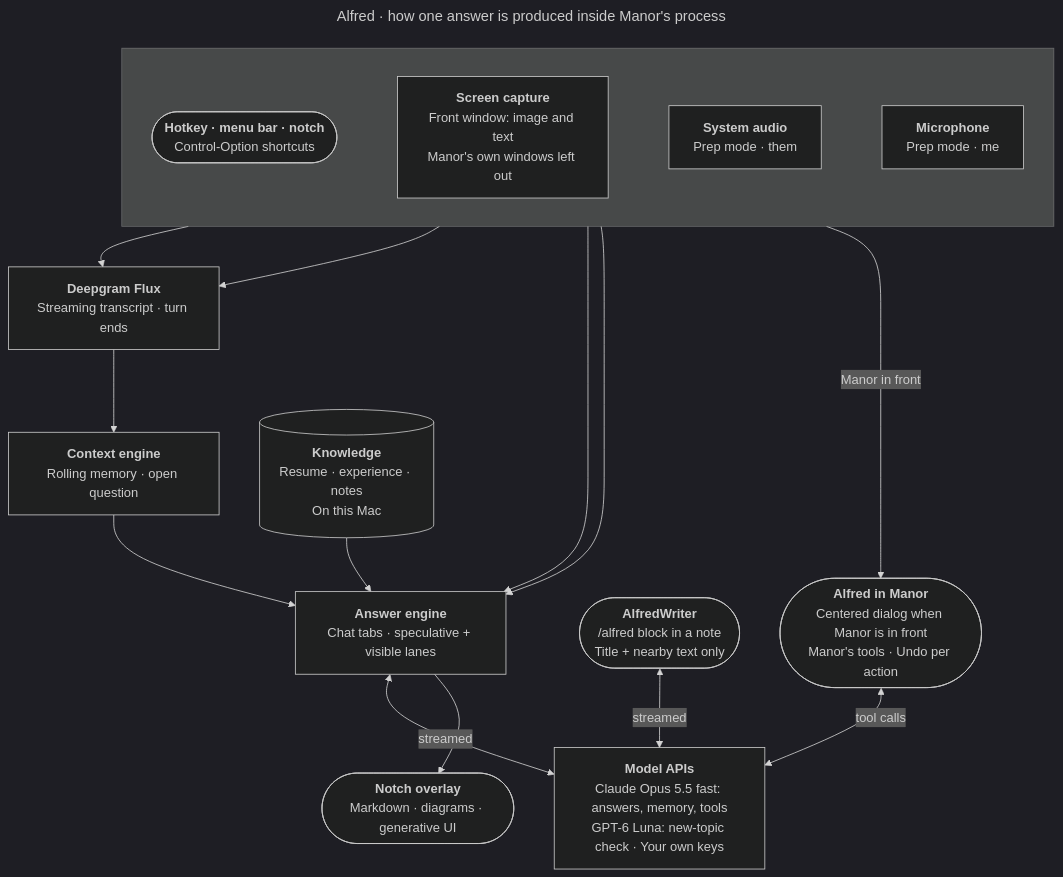
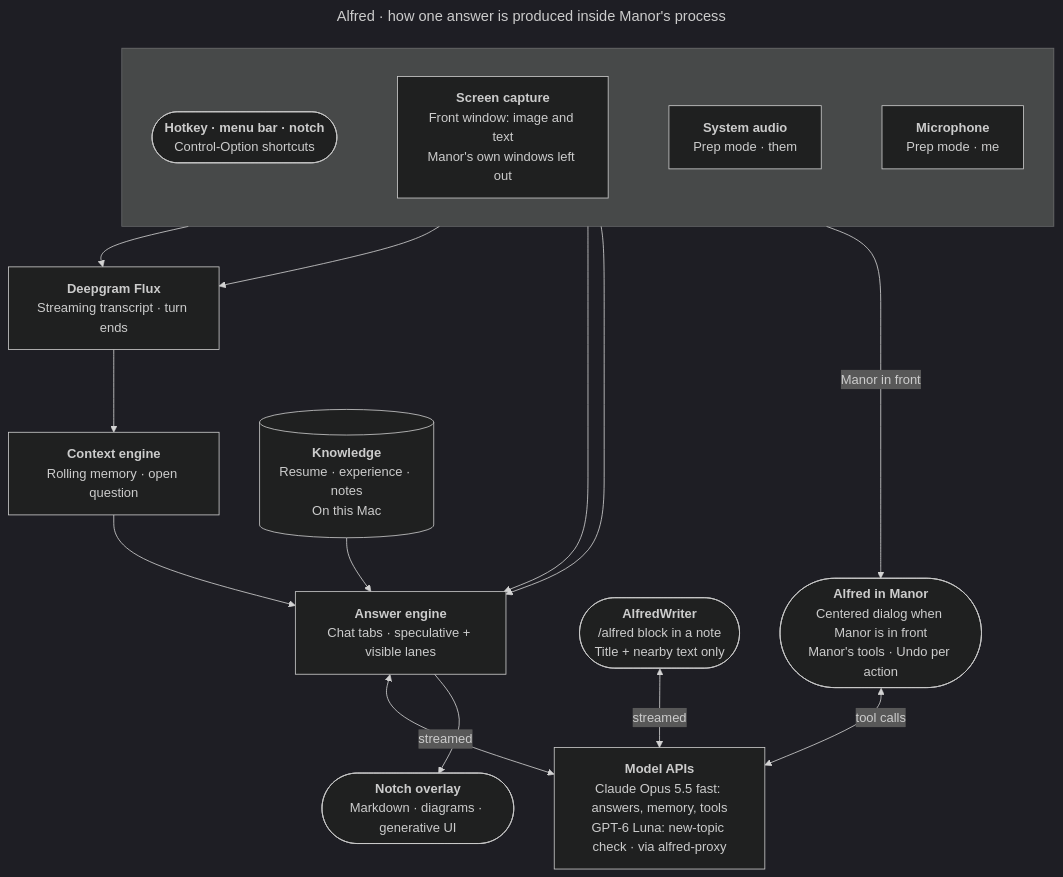
Before and after one commit to rithm84/Manor: the diagram in docs/diagrams/pele/alfred-runtime.mmd, drawn with Mermaid (dark theme). The commit also changed 30 other files, not shown here.

```diff
--- a/docs/diagrams/pele/alfred-runtime.mmd
+++ b/docs/diagrams/pele/alfred-runtime.mmd
@@ -1,49 +1,49 @@
 ---
 title: Alfred · how one answer is produced inside Manor's process
 ---
 flowchart TB
   subgraph row_in [" "]
     direction LR
     hotkey(["`**Hotkey · menu bar · notch**
     Control-Option shortcuts`"]):::people
     screen["`**Screen capture**
     Front window: image and text
     Manor's own windows left out`"]:::app
     sys["`**System audio**
     Prep mode · them`"]:::app
     mic["`**Microphone**
     Prep mode · me`"]:::app
     hotkey ~~~ screen ~~~ sys ~~~ mic
   end
   flux["`**Deepgram Flux**
   Streaming transcript · turn ends`"]:::external
   context["`**Context engine**
   Rolling memory · open question`"]:::agent
   knowledge[("`**Knowledge**
   Resume · experience · notes
   On this Mac`")]:::local
   answer["`**Answer engine**
   Chat tabs · speculative + visible lanes`"]:::agent
   model["`**Model APIs**
   Claude Opus 5.5 fast: answers, memory, tools
-  GPT-6 Luna: new-topic check · Your own keys`"]:::external
+  GPT-6 Luna: new-topic check · via alfred-proxy`"]:::external
   overlay(["`**Notch overlay**
   Markdown · diagrams · generative UI`"]):::app
   writer(["`**AlfredWriter**
   /alfred block in a note
   Title + nearby text only`"]):::app
   assistant(["`**Alfred in Manor**
   Centered dialog when Manor is in front
   Manor's tools · Undo per action`"]):::app
 
   sys --> flux
   mic --> flux
   flux --> context --> answer
   hotkey --> answer
   screen --> answer
   knowledge --> answer
   answer <-->|streamed| model
   answer --> overlay
   writer <-->|streamed| model
   hotkey -->|Manor in front| assistant
   assistant <-->|tool calls| model
```
